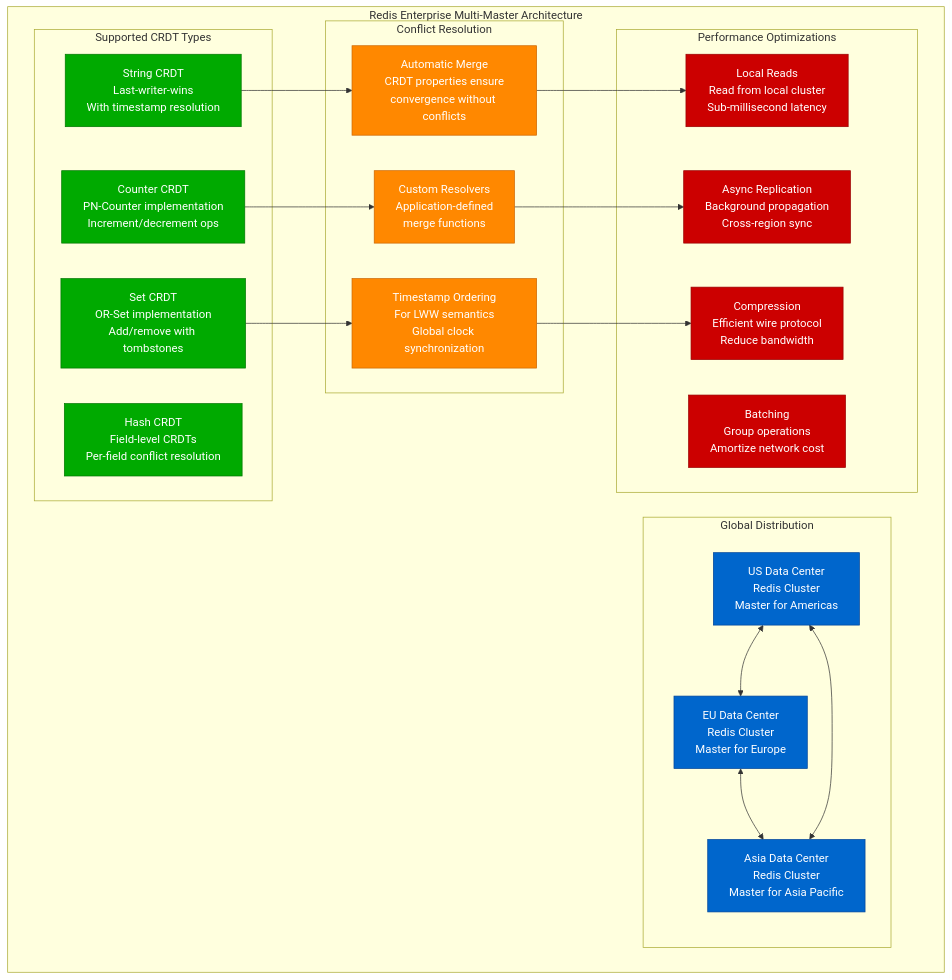
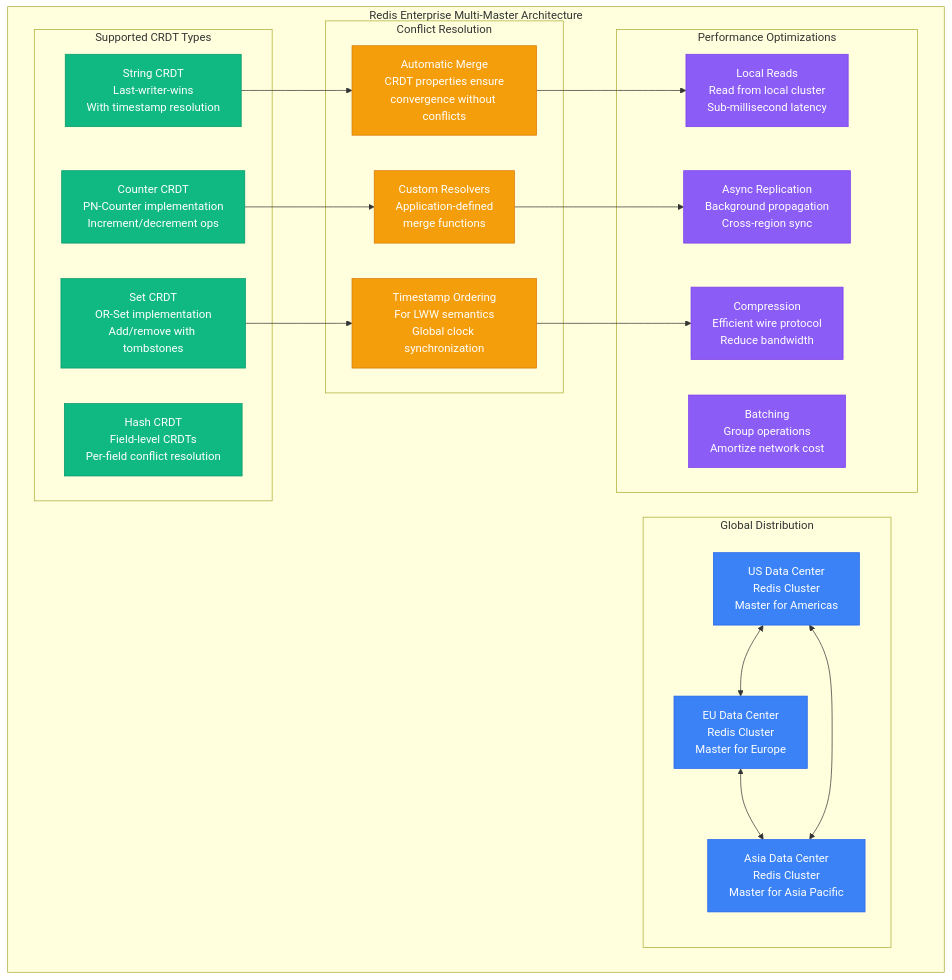
The sixth of 10 diagrams in site/docs/guarantees/eventual-consistency/eventual-consistency-implementation.md (deepaucksharma/DS), drawn with Mermaid before and after one commit. The commit also changed other lines of this file and 303 other files, not shown here.

````diff
--- a/site/docs/guarantees/eventual-consistency/eventual-consistency-implementation.md
+++ b/site/docs/guarantees/eventual-consistency/eventual-consistency-implementation.md
@@ -334,52 +334,52 @@
 ```mermaid
 graph TB
     subgraph RedisMultiMaster[Redis Enterprise Multi-Master Architecture]
         subgraph GlobalDistribution[Global Distribution]
             US[US Data Center<br/>Redis Cluster<br/>Master for Americas]
             EU[EU Data Center<br/>Redis Cluster<br/>Master for Europe]
             ASIA[Asia Data Center<br/>Redis Cluster<br/>Master for Asia Pacific]
         end
 
         subgraph CRDTTypes[Supported CRDT Types]
             CT1[String CRDT<br/>Last-writer-wins<br/>With timestamp resolution]
             CT2[Counter CRDT<br/>PN-Counter implementation<br/>Increment/decrement ops]
             CT3[Set CRDT<br/>OR-Set implementation<br/>Add/remove with tombstones]
             CT4[Hash CRDT<br/>Field-level CRDTs<br/>Per-field conflict resolution]
         end
 
         subgraph ConflictResolution[Conflict Resolution]
             CR1[Automatic Merge<br/>CRDT properties ensure<br/>convergence without conflicts]
             CR2[Custom Resolvers<br/>Application-defined<br/>merge functions]
             CR3[Timestamp Ordering<br/>For LWW semantics<br/>Global clock synchronization]
         end
 
         subgraph PerformanceOptimizations[Performance Optimizations]
             PO1[Local Reads<br/>Read from local cluster<br/>Sub-millisecond latency]
             PO2[Async Replication<br/>Background propagation<br/>Cross-region sync]
             PO3[Compression<br/>Efficient wire protocol<br/>Reduce bandwidth]
             PO4[Batching<br/>Group operations<br/>Amortize network cost]
         end
     end
 
     US <--> EU
     EU <--> ASIA
     ASIA <--> US
 
     CT1 --> CR1
     CT2 --> CR2
     CT3 --> CR3
 
     CR1 --> PO1
     CR2 --> PO2
     CR3 --> PO3
 
-    classDef dcStyle fill:#0066CC,stroke:#004499,color:#fff
-    classDef crdtStyle fill:#00AA00,stroke:#007700,color:#fff
-    classDef resolutionStyle fill:#FF8800,stroke:#CC6600,color:#fff
-    classDef performanceStyle fill:#CC0000,stroke:#990000,color:#fff
+    classDef dcStyle fill:#3B82F6,stroke:#2563EB,color:#fff
+    classDef crdtStyle fill:#10B981,stroke:#059669,color:#fff
+    classDef resolutionStyle fill:#F59E0B,stroke:#D97706,color:#fff
+    classDef performanceStyle fill:#8B5CF6,stroke:#7C3AED,color:#fff
 
     class US,EU,ASIA dcStyle
     class CT1,CT2,CT3,CT4 crdtStyle
     class CR1,CR2,CR3 resolutionStyle
     class PO1,PO2,PO3,PO4 performanceStyle
 ```
````
